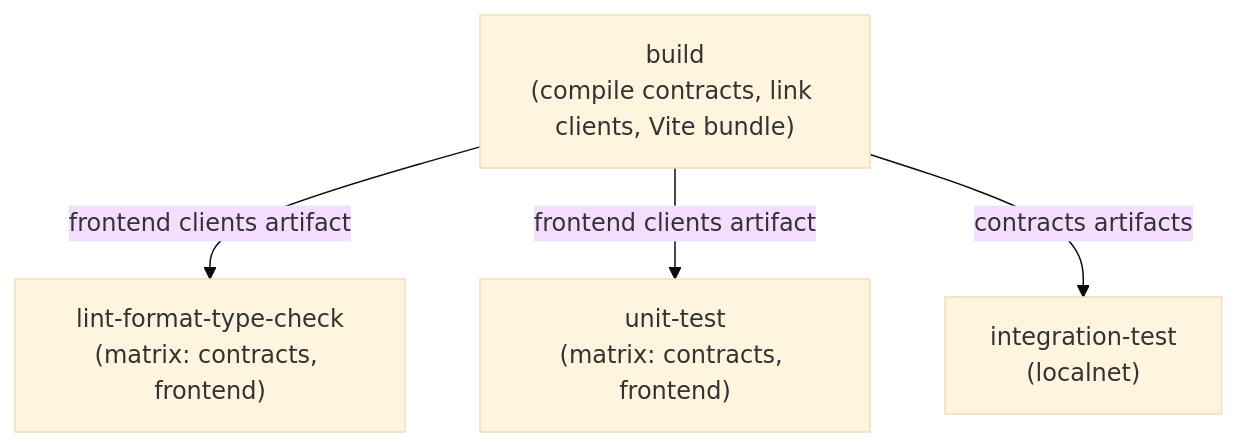
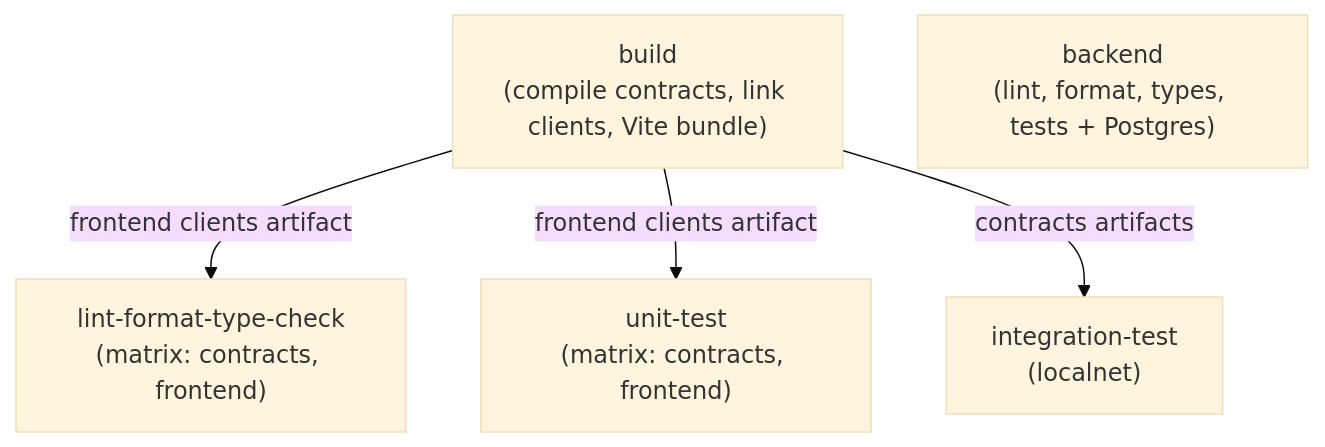
The diagram in docs/ci.md (adidomenico/AlgorArt), drawn with Mermaid (base theme) before and after one commit. The commit also changed other lines of this file and 2 other files, not shown here.

Commit message:
ci: add backend lane with Postgres service

````diff
--- a/docs/ci.md
+++ b/docs/ci.md
@@ -30,11 +32,12 @@
 ```mermaid
 flowchart TD
     build["build<br/>(compile contracts, link clients, Vite bundle)"]
     lint["lint-format-type-check<br/>(matrix: contracts, frontend)"]
     unit["unit-test<br/>(matrix: contracts, frontend)"]
+    backend["backend<br/>(lint, format, types, tests + Postgres)"]
     integration["integration-test<br/>(localnet)"]
 
     build -->|"frontend clients artifact"| lint
     build -->|"frontend clients artifact"| unit
     build -->|"contracts artifacts"| integration
 ```
````
